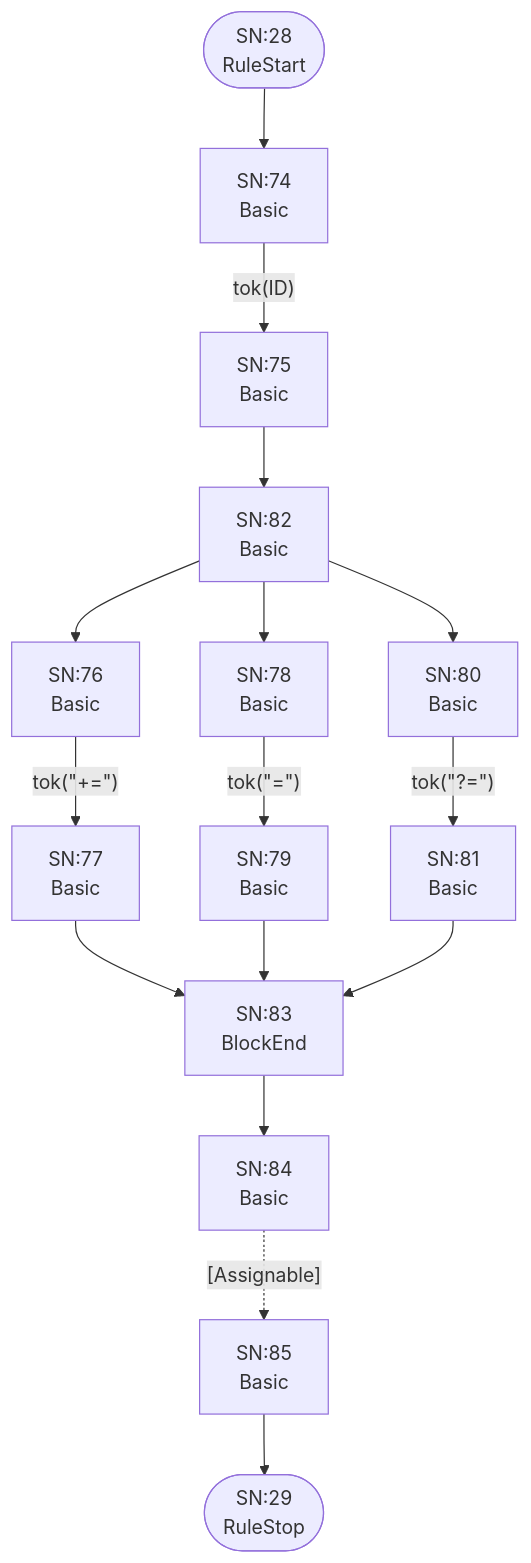
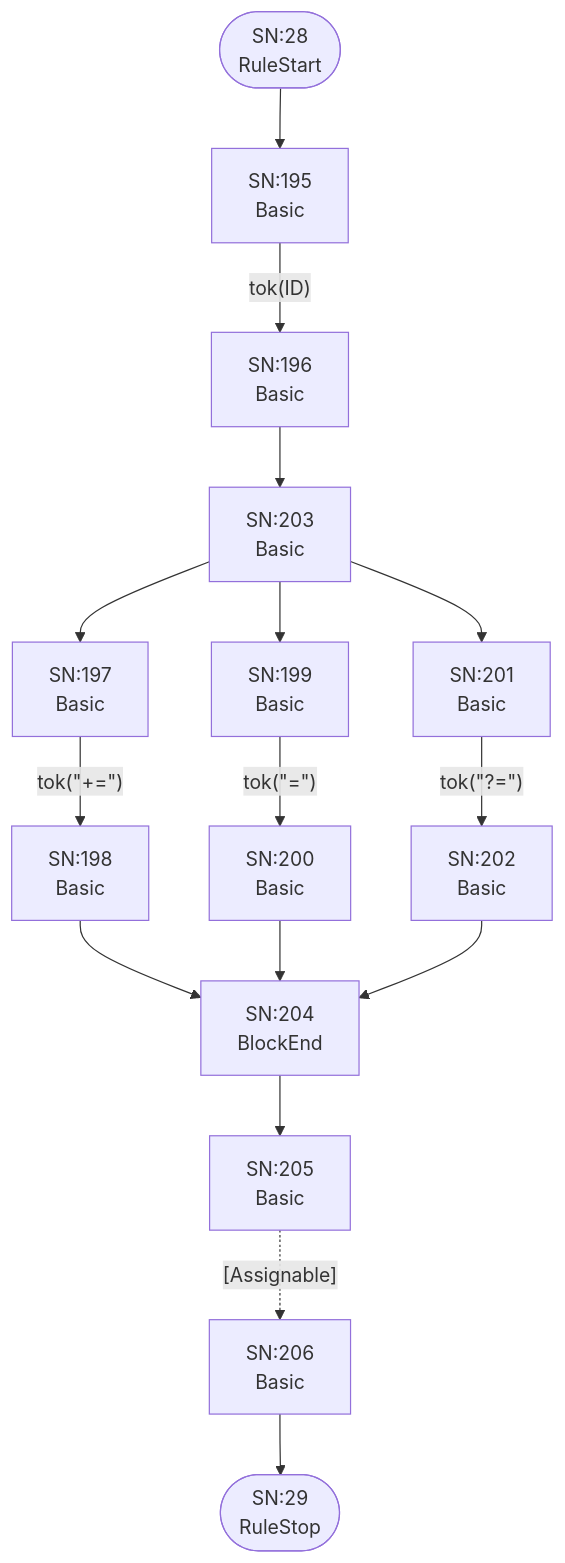
Before and after one commit to TypeFox/fastbelt: diagram 15 of 25 in internal/grammar/atn.md, drawn with Mermaid. The commit also changed other lines of this file and 12 other files, not shown here.

````diff
--- a/internal/grammar/atn.md
+++ b/internal/grammar/atn.md
@@ -461,33 +461,33 @@
 ```mermaid
 flowchart TD
     q28(["SN:28<br/>RuleStart"])
     q29(["SN:29<br/>RuleStop"])
-    q74["SN:74<br/>Basic<br/>"]
-    q75["SN:75<br/>Basic<br/>"]
-    q76["SN:76<br/>Basic<br/>"]
-    q77["SN:77<br/>Basic<br/>"]
-    q78["SN:78<br/>Basic<br/>"]
-    q79["SN:79<br/>Basic<br/>"]
-    q80["SN:80<br/>Basic<br/>"]
-    q81["SN:81<br/>Basic<br/>"]
-    q82["SN:82<br/>Basic<br/>"]
-    q83["SN:83<br/>BlockEnd<br/>"]
-    q84["SN:84<br/>Basic<br/>"]
-    q85["SN:85<br/>Basic<br/>"]
+    q195["SN:195<br/>Basic<br/>"]
+    q196["SN:196<br/>Basic<br/>"]
+    q197["SN:197<br/>Basic<br/>"]
+    q198["SN:198<br/>Basic<br/>"]
+    q199["SN:199<br/>Basic<br/>"]
+    q200["SN:200<br/>Basic<br/>"]
+    q201["SN:201<br/>Basic<br/>"]
+    q202["SN:202<br/>Basic<br/>"]
+    q203["SN:203<br/>Basic<br/>"]
+    q204["SN:204<br/>BlockEnd<br/>"]
+    q205["SN:205<br/>Basic<br/>"]
+    q206["SN:206<br/>Basic<br/>"]
 
-    q28 --> q74
-    q74 -->|"tok(ID)"| q75
-    q75 --> q82
-    q76 -->|"tok(&quot;+=&quot;)"| q77
-    q77 --> q83
-    q78 -->|"tok(&quot;=&quot;)"| q79
-    q79 --> q83
-    q80 -->|"tok(&quot;?=&quot;)"| q81
-    q81 --> q83
-    q82 --> q76
-    q82 --> q78
-    q82 --> q80
-    q83 --> q84
-    q84 -.->|"[Assignable]"| q85
-    q85 --> q29
+    q28 --> q195
+    q195 -->|"tok(ID)"| q196
+    q196 --> q203
+    q197 -->|"tok(&quot;+=&quot;)"| q198
+    q198 --> q204
+    q199 -->|"tok(&quot;=&quot;)"| q200
+    q200 --> q204
+    q201 -->|"tok(&quot;?=&quot;)"| q202
+    q202 --> q204
+    q203 --> q197
+    q203 --> q199
+    q203 --> q201
+    q204 --> q205
+    q205 -.->|"[Assignable]"| q206
+    q206 --> q29
 ```
````
